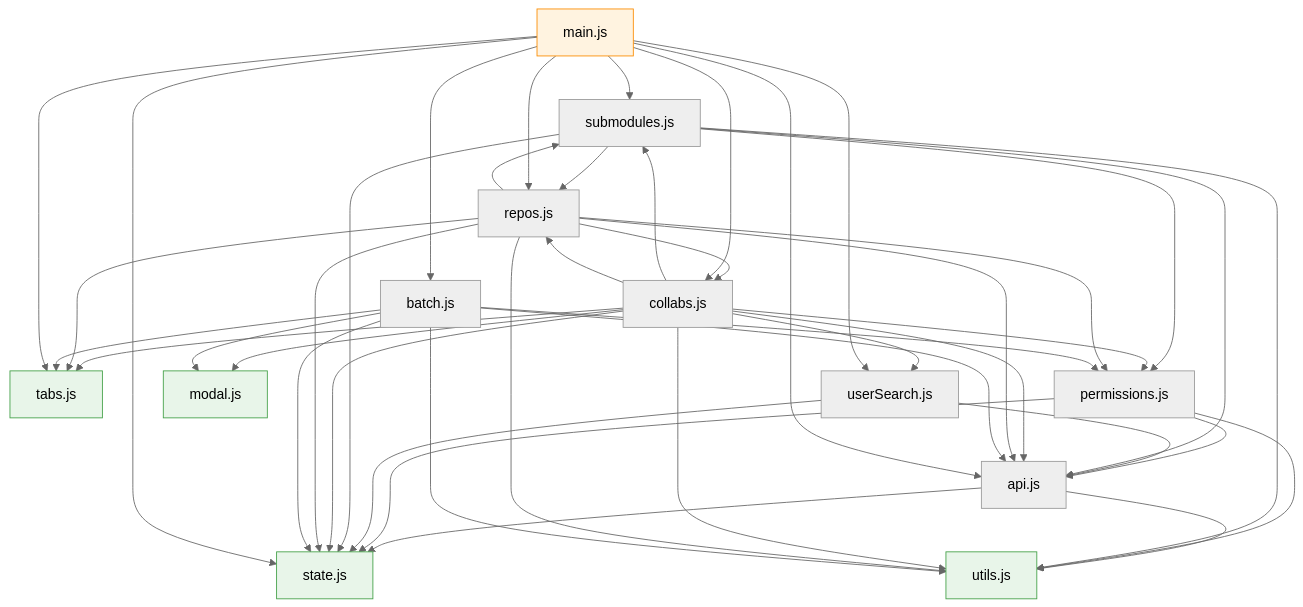
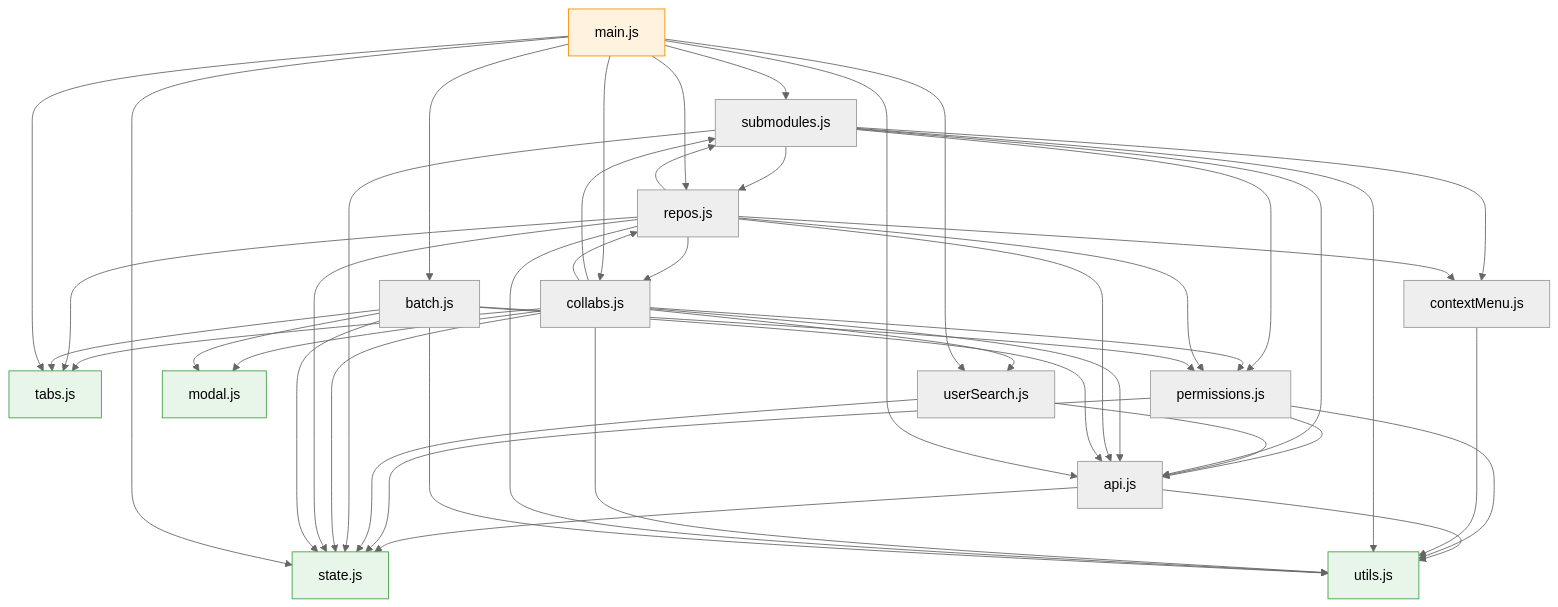
Before and after one commit to Keye3Tuido/gitee-repo-permission: the diagram in STRUCTURE.md, drawn with Mermaid (neutral theme). The commit also changed other lines of this file and 5 other files, not shown here.

````diff
--- a/STRUCTURE.md
+++ b/STRUCTURE.md
@@ -30,70 +31,75 @@
 ```mermaid
 graph TD
     state[state.js]
     utils[utils.js]
     api[api.js]
     tabs[tabs.js]
     permissions[permissions.js]
     modal[modal.js]
     userSearch[userSearch.js]
     submodules[submodules.js]
     collabs[collabs.js]
     repos[repos.js]
     batch[batch.js]
     main[main.js]
 
     api --> utils
     api --> state
 
     permissions --> state
     permissions --> api
     permissions --> utils
 
+    contextMenu[contextMenu.js]
+    contextMenu --> utils
+
     userSearch --> state
     userSearch --> api
 
     submodules --> state
     submodules --> api
     submodules --> utils
     submodules --> permissions
     submodules --> repos
+    submodules --> contextMenu
 
     collabs --> state
     collabs --> api
     collabs --> utils
     collabs --> permissions
     collabs --> modal
     collabs --> tabs
     collabs --> userSearch
     collabs --> submodules
     collabs --> repos
 
     repos --> state
     repos --> api
     repos --> utils
     repos --> permissions
     repos --> tabs
     repos --> collabs
     repos --> submodules
+    repos --> contextMenu
 
     batch --> state
     batch --> api
     batch --> utils
     batch --> permissions
     batch --> modal
     batch --> tabs
 
     main --> state
     main --> api
     main --> repos
     main --> collabs
     main --> batch
     main --> submodules
     main --> tabs
     main --> userSearch
 
     classDef leaf fill:#e8f5e9,stroke:#43a047;
     classDef entry fill:#fff3e0,stroke:#fb8c00;
     class state,utils,tabs,modal leaf;
     class main entry;
 ```
````
